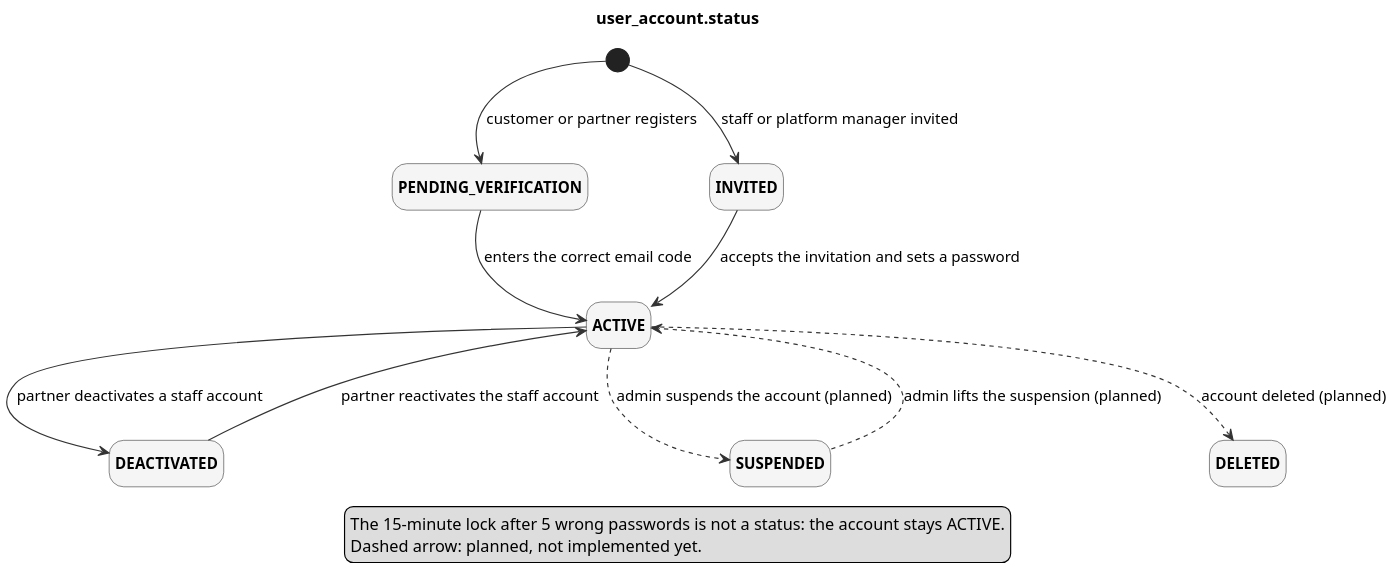
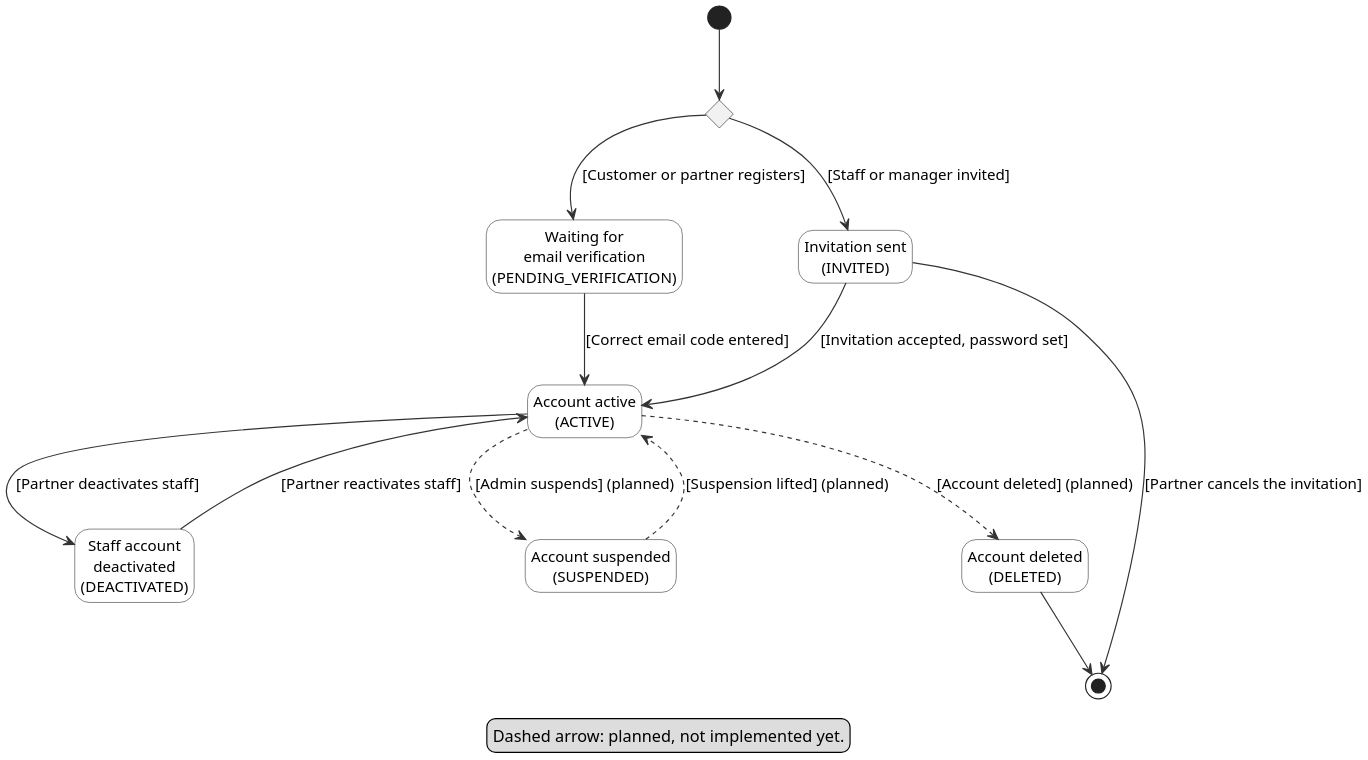
The diagram in docs/diagrams/st_account_status_en.puml (KnightChovy/stay-reco), drawn with PlantUML before and after one commit. The commit also changed 18 other files, not shown here.

First line of the commit message:
docs: diagram sources match every Report 4 figure

```diff
--- a/docs/diagrams/st_account_status_en.puml
+++ b/docs/diagrams/st_account_status_en.puml
@@ -1,28 +1,35 @@
 @startuml
+' State machine of user_account.status (Report 4, Figure 17). States show the label of the figure and the value stored in the code.
 skinparam dpi 180
 skinparam shadowing false
 skinparam defaultFontName Helvetica
 skinparam defaultFontSize 13
 skinparam state {
-  BackgroundColor #F5F5F5
+  BackgroundColor #FFFFFF
   BorderColor #333333
-  FontStyle bold
 }
 skinparam ArrowColor #333333
 hide empty description
-
-title user_account.status
-[*] --> PENDING_VERIFICATION : customer or partner registers
-[*] --> INVITED : staff or platform manager invited
-PENDING_VERIFICATION --> ACTIVE : enters the correct email code
-INVITED --> ACTIVE : accepts the invitation and sets a password
-ACTIVE --> DEACTIVATED : partner deactivates a staff account
-DEACTIVATED --> ACTIVE : partner reactivates the staff account
-ACTIVE -[dashed]-> SUSPENDED : admin suspends the account (planned)
-SUSPENDED -[dashed]-> ACTIVE : admin lifts the suspension (planned)
-ACTIVE -[dashed]-> DELETED : account deleted (planned)
+state "Waiting for\nemail verification\n(PENDING_VERIFICATION)" as PENDING_VERIFICATION
+state "Invitation sent\n(INVITED)" as INVITED
+state "Account active\n(ACTIVE)" as ACTIVE
+state "Staff account\ndeactivated\n(DEACTIVATED)" as DEACTIVATED
+state "Account suspended\n(SUSPENDED)" as SUSPENDED
+state "Account deleted\n(DELETED)" as DELETED
+state start_choice <<choice>>
+[*] --> start_choice
+start_choice --> PENDING_VERIFICATION : [Customer or partner registers]
+start_choice --> INVITED : [Staff or manager invited]
+INVITED --> [*] : [Partner cancels the invitation]
+PENDING_VERIFICATION --> ACTIVE : [Correct email code entered]
+INVITED --> ACTIVE : [Invitation accepted, password set]
+ACTIVE --> DEACTIVATED : [Partner deactivates staff]
+DEACTIVATED --> ACTIVE : [Partner reactivates staff]
+ACTIVE -[dashed]-> SUSPENDED : [Admin suspends] (planned)
+SUSPENDED -[dashed]-> ACTIVE : [Suspension lifted] (planned)
+ACTIVE -[dashed]-> DELETED : [Account deleted] (planned)
+DELETED --> [*]
 legend bottom
-The 15-minute lock after 5 wrong passwords is not a status: the account stays ACTIVE.
 Dashed arrow: planned, not implemented yet.
 endlegend
 @enduml
```
